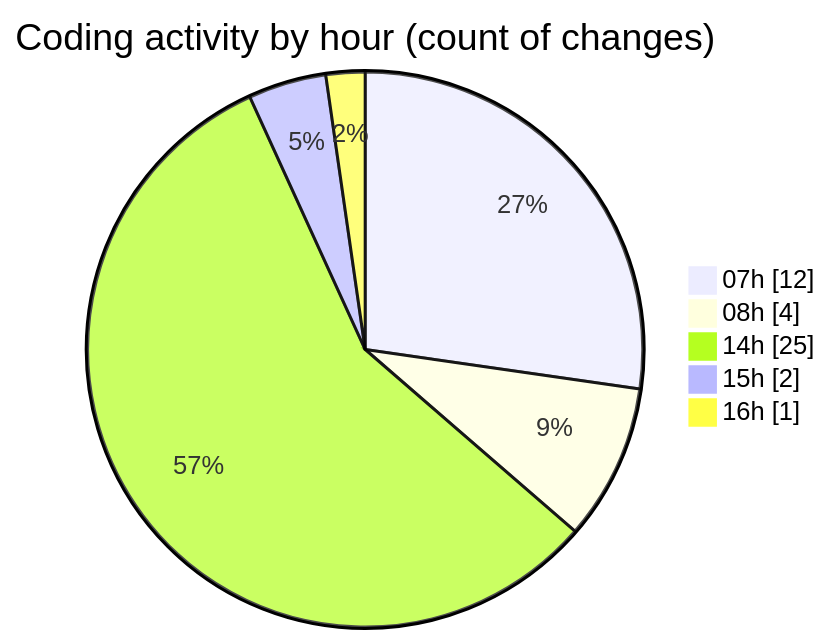
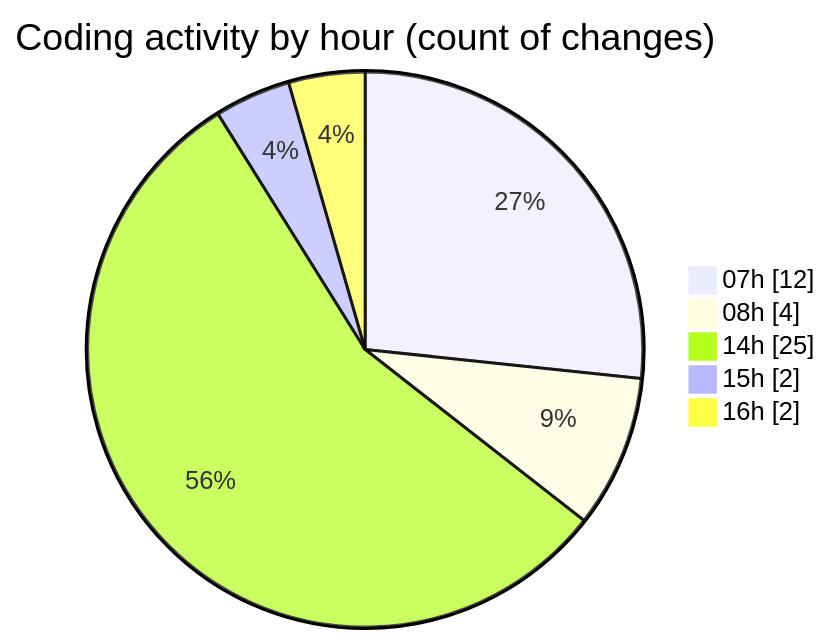
The second of 2 diagrams in 2025-01-09/mbc-web/README.md (robertbonfada/code-tracking), drawn with Mermaid before and after one commit. The commit also changed other lines of this file and 1 other file, not shown here.

````diff
--- a/2025-01-09/mbc-web/README.md
+++ b/2025-01-09/mbc-web/README.md
@@ -39,9 +39,9 @@
 ```mermaid
 pie showData
 title Coding activity by hour (count of changes)
 "07h" : 12
 "08h" : 4
 "14h" : 25
 "15h" : 2
-"16h" : 1
+"16h" : 2
 ```
````
